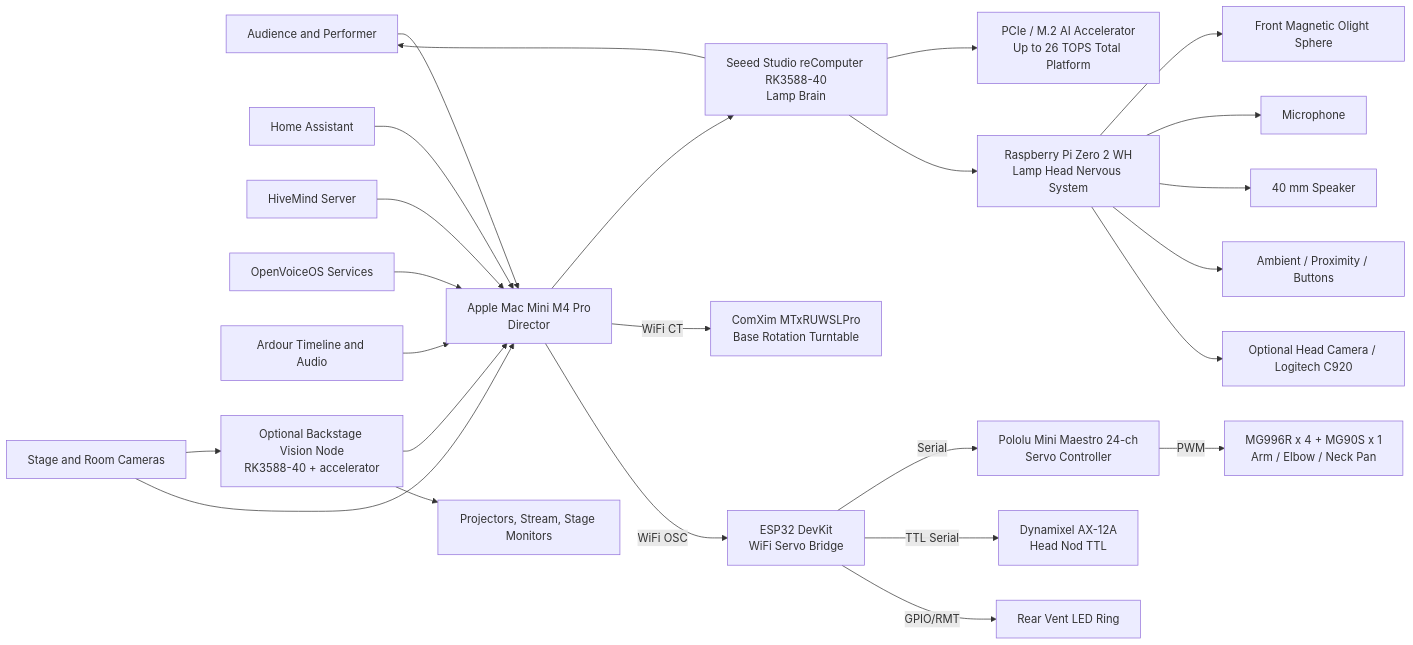
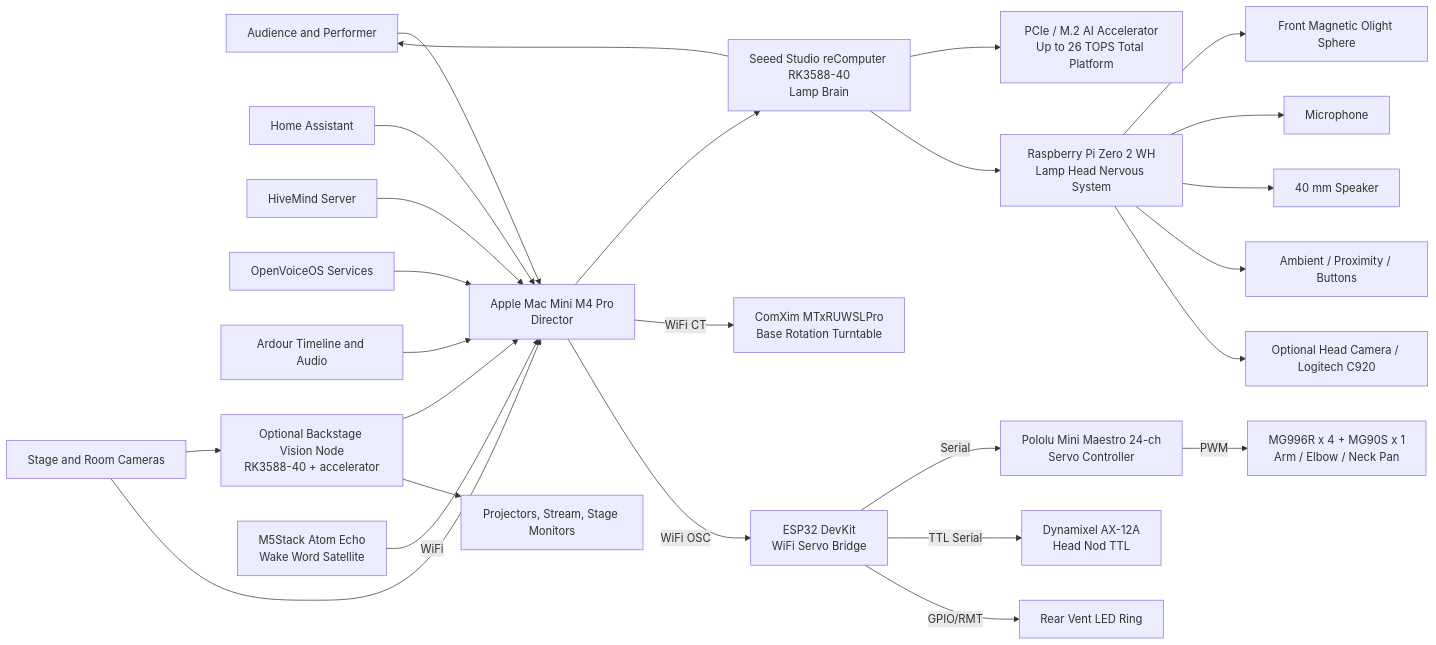
The diagram in docs/architecture/ARCHITECTURE.md (vanHeemstraPictures/pixstars), drawn with Mermaid before and after one commit. The commit also changed other lines of this file, not shown here.

First line of the commit message:
docs: Add M5Stack Atom Echo wake word satellite to architecture

````diff
--- a/docs/architecture/ARCHITECTURE.md
+++ b/docs/architecture/ARCHITECTURE.md
@@ -22,56 +22,58 @@
 ```mermaid
 flowchart LR
     Audience[Audience and Performer]
     Cameras[Stage and Room Cameras]
     Visuals[Projectors, Stream, Stage Monitors]
 
     Mac[Apple Mac Mini M4 Pro\nDirector]
     HA[Home Assistant]
     HV[HiveMind Server]
     OV[OpenVoiceOS Services]
     Ardour[Ardour Timeline and Audio]
 
     RK[Seeed Studio reComputer RK3588-40\nLamp Brain]
     ACC[PCIe / M.2 AI Accelerator\nUp to 26 TOPS Total Platform]
     Pi[Raspberry Pi Zero 2 WH\nLamp Head Nervous System]
 
     ComXim[ComXim MTxRUWSLPro\nBase Rotation Turntable]
     ESP[ESP32 DevKit\nWiFi Servo Bridge]
     Maestro[Pololu Mini Maestro 24-ch\nServo Controller]
     AX[Dynamixel AX-12A\nHead Nod TTL]
     ArmServos[MG996R x 4 + MG90S x 1\nArm / Elbow / Neck Pan]
 
     RearRing[Rear Vent LED Ring]
     FrontBulb[Front Magnetic Olight Sphere]
     Mic[Microphone]
     Speaker[40 mm Speaker]
     Sensors[Ambient / Proximity / Buttons]
     Camera[Optional Head Camera / Logitech C920]
 
     Vision[Optional Backstage Vision Node\nRK3588-40 + accelerator]
+    AtomEcho[M5Stack Atom Echo\nWake Word Satellite]
 
     Audience --> Mac
     Cameras --> Vision
     Cameras --> Mac
     Mac --> RK
     Mac -- WiFi CT --> ComXim
     Mac -- WiFi OSC --> ESP
+    AtomEcho -- WiFi --> Mac
     HA --> Mac
     HV --> Mac
     OV --> Mac
     Ardour --> Mac
     RK --> ACC
     RK --> Pi
     ESP -- Serial --> Maestro
     ESP -- TTL Serial --> AX
     ESP -- GPIO/RMT --> RearRing
     Maestro -- PWM --> ArmServos
     Pi --> FrontBulb
     Pi --> Mic
     Pi --> Speaker
     Pi --> Sensors
     Pi --> Camera
     Vision --> Mac
     Vision --> Visuals
     RK --> Audience
 ```
````
